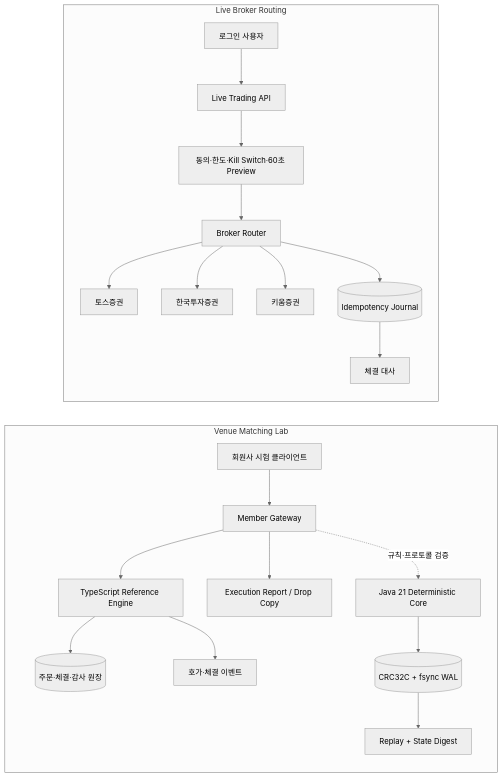
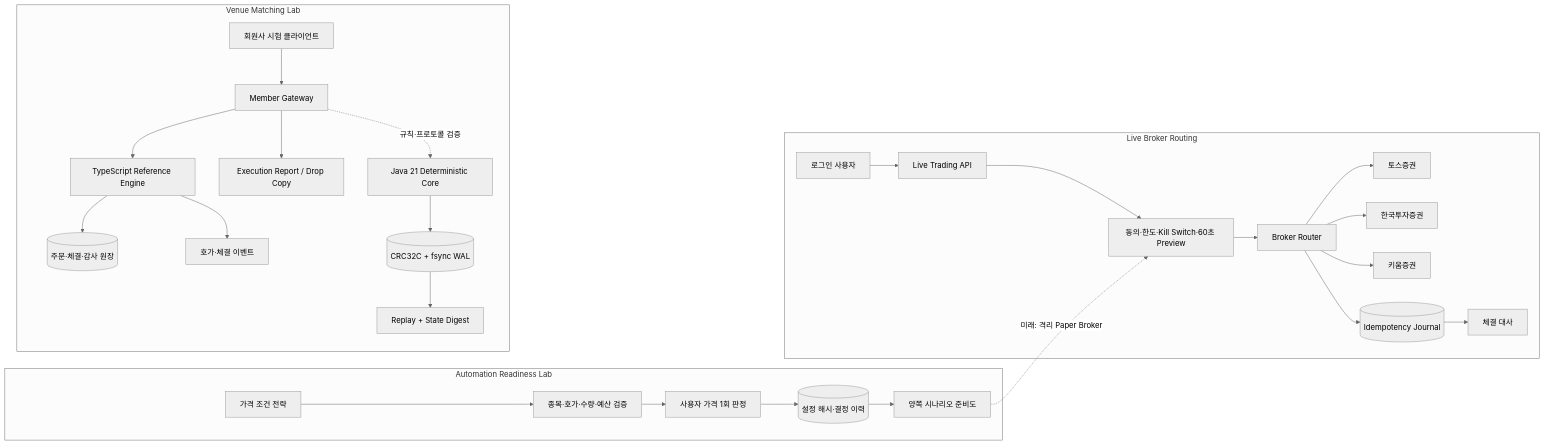
The diagram in README.md (boclair98/TradingStockSysyem), drawn with Mermaid (neutral theme) before and after one commit. The commit also changed other lines of this file and 62 other files, not shown here.

````diff
--- a/README.md
+++ b/README.md
@@ -68,26 +100,34 @@
 ```mermaid
 flowchart LR
+    subgraph AUTO[Automation Readiness Lab]
+        IDEA[가격 조건 전략] --> VALIDATE[종목·호가·수량·예산 검증]
+        VALIDATE --> SCENARIO[사용자 가격 1회 판정]
+        SCENARIO --> HISTORY[(설정 해시·결정 이력)]
+        HISTORY --> READY[양쪽 시나리오 준비도]
+    end
+
     subgraph LAB[Venue Matching Lab]
         MC[회원사 시험 클라이언트] --> GW[Member Gateway]
         GW --> REF[TypeScript Reference Engine]
         REF --> LEDGER[(주문·체결·감사 원장)]
         REF --> MD[호가·체결 이벤트]
         GW --> DROP[Execution Report / Drop Copy]
 
         CORE[Java 21 Deterministic Core] --> WAL[(CRC32C + fsync WAL)]
         WAL --> REPLAY[Replay + State Digest]
     end
 
     subgraph LIVE[Live Broker Routing]
         USER[로그인 사용자] --> API[Live Trading API]
         API --> SAFE[동의·한도·Kill Switch·60초 Preview]
         SAFE --> ROUTER[Broker Router]
         ROUTER --> TOSS[토스증권]
         ROUTER --> KIS[한국투자증권]
         ROUTER --> KIWOOM[키움증권]
         ROUTER --> JOURNAL[(Idempotency Journal)]
         JOURNAL --> RECON[체결 대사]
     end
 
+    READY -. 미래: 격리 Paper Broker .-> SAFE
     GW -. 규칙·프로토콜 검증 .-> CORE
 ```
````
